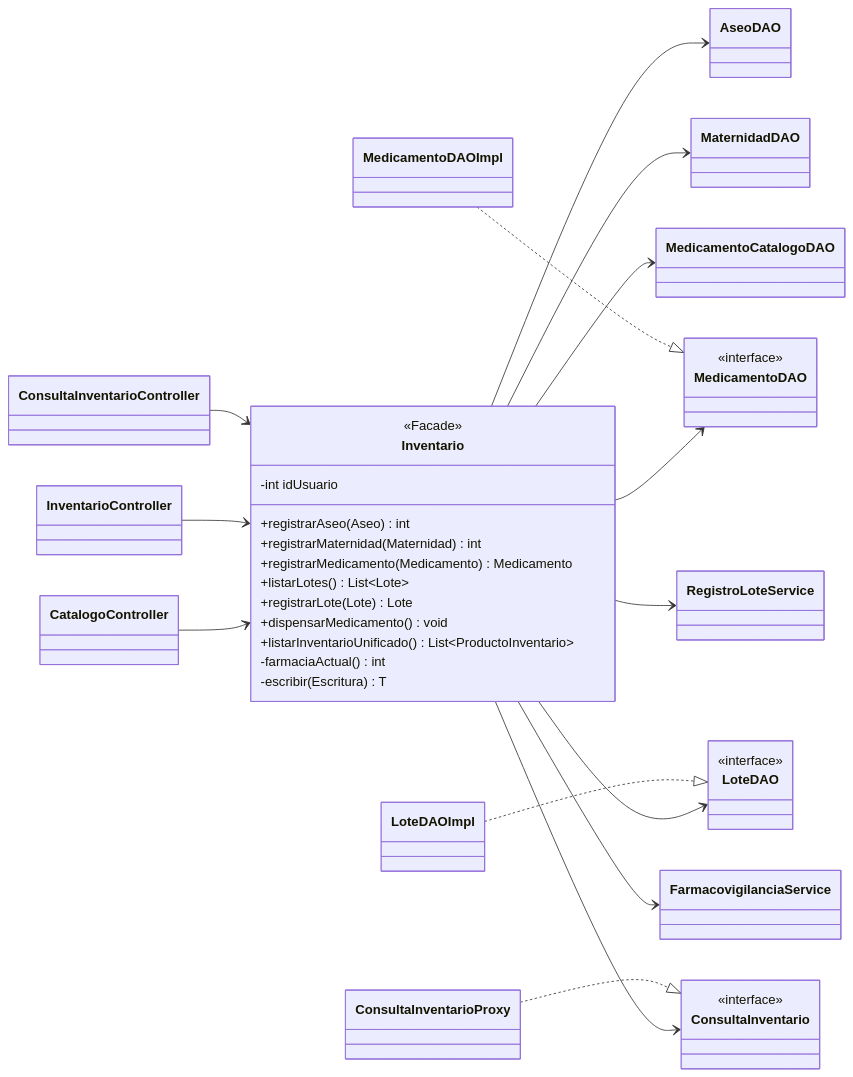
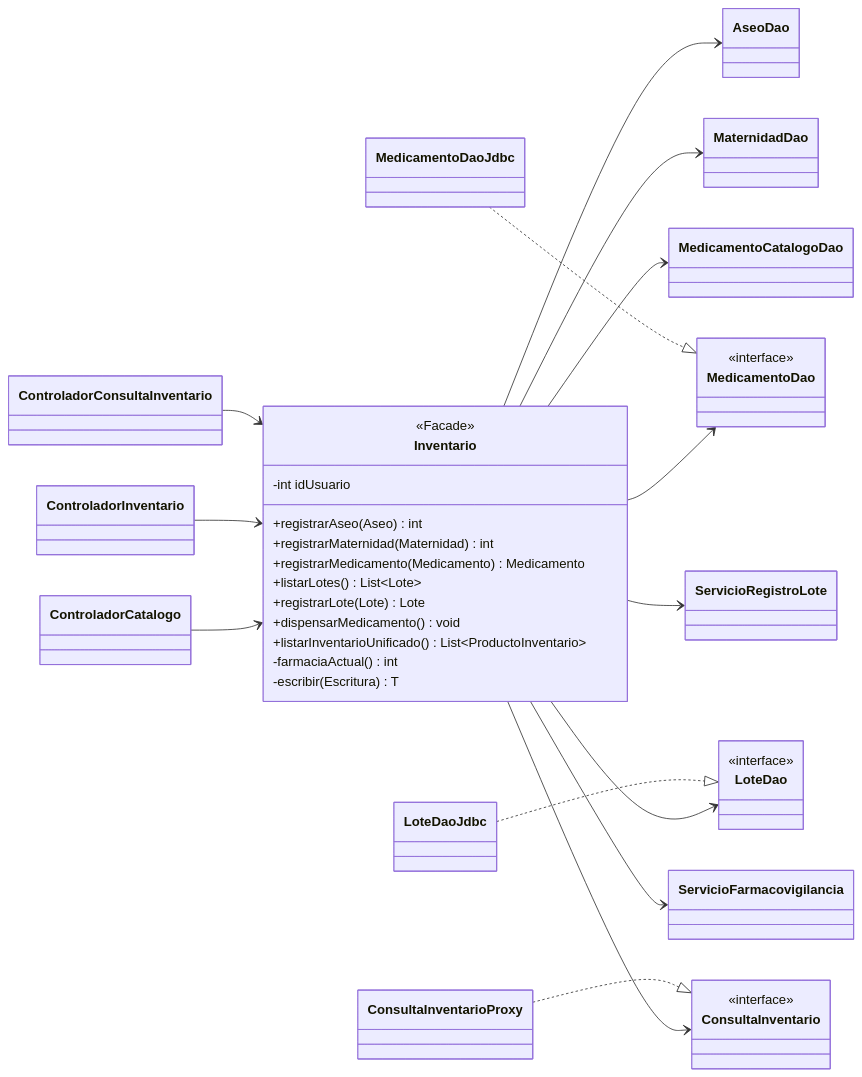
Before and after one commit to puj-course/FIS_2630_1204_G1: the diagram in docs/diagramas/HU-92/FACHADA_INVENTARIO.md, drawn with Mermaid. The commit also changed other lines of this file and 121 other files, not shown here.

````diff
--- a/docs/diagramas/HU-92/FACHADA_INVENTARIO.md
+++ b/docs/diagramas/HU-92/FACHADA_INVENTARIO.md
@@ -37,57 +37,57 @@
 ```mermaid
 classDiagram
     direction LR
 
-    class CatalogoController
-    class InventarioController
-    class ConsultaInventarioController
+    class ControladorCatalogo
+    class ControladorInventario
+    class ControladorConsultaInventario
 
     class Inventario {
         <<Facade>>
         -int idUsuario
         +registrarAseo(Aseo) int
         +registrarMaternidad(Maternidad) int
         +registrarMedicamento(Medicamento) Medicamento
         +listarLotes() List~Lote~
         +registrarLote(Lote) Lote
         +dispensarMedicamento() void
         +listarInventarioUnificado() List~ProductoInventario~
         -farmaciaActual() int
         -escribir(Escritura) T
     }
 
-    class AseoDAO
-    class MaternidadDAO
-    class MedicamentoDAO {
+    class AseoDao
+    class MaternidadDao
+    class MedicamentoDao {
         <<interface>>
     }
-    class MedicamentoCatalogoDAO
-    class LoteDAO {
+    class MedicamentoCatalogoDao
+    class LoteDao {
         <<interface>>
     }
     class ConsultaInventario {
         <<interface>>
     }
-    class RegistroLoteService
-    class FarmacovigilanciaService
-    class MedicamentoDAOImpl
-    class LoteDAOImpl
+    class ServicioRegistroLote
+    class ServicioFarmacovigilancia
+    class MedicamentoDaoJdbc
+    class LoteDaoJdbc
     class ConsultaInventarioProxy
 
-    CatalogoController --> Inventario
-    InventarioController --> Inventario
-    ConsultaInventarioController --> Inventario
+    ControladorCatalogo --> Inventario
+    ControladorInventario --> Inventario
+    ControladorConsultaInventario --> Inventario
 
-    Inventario --> AseoDAO
-    Inventario --> MaternidadDAO
-    Inventario --> MedicamentoDAO
-    Inventario --> MedicamentoCatalogoDAO
-    Inventario --> LoteDAO
+    Inventario --> AseoDao
+    Inventario --> MaternidadDao
+    Inventario --> MedicamentoDao
+    Inventario --> MedicamentoCatalogoDao
+    Inventario --> LoteDao
     Inventario --> ConsultaInventario
-    Inventario --> RegistroLoteService
-    Inventario --> FarmacovigilanciaService
+    Inventario --> ServicioRegistroLote
+    Inventario --> ServicioFarmacovigilancia
 
-    MedicamentoDAOImpl ..|> MedicamentoDAO
-    LoteDAOImpl ..|> LoteDAO
+    MedicamentoDaoJdbc ..|> MedicamentoDao
+    LoteDaoJdbc ..|> LoteDao
     ConsultaInventarioProxy ..|> ConsultaInventario
 ```
````
